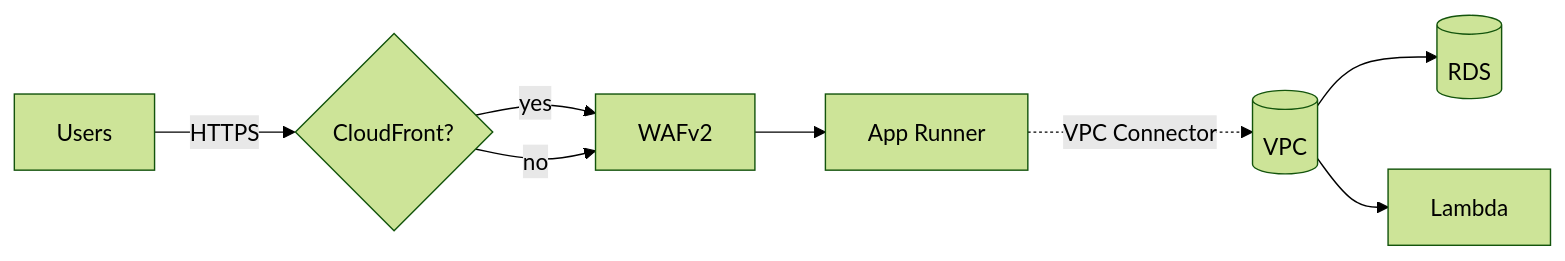
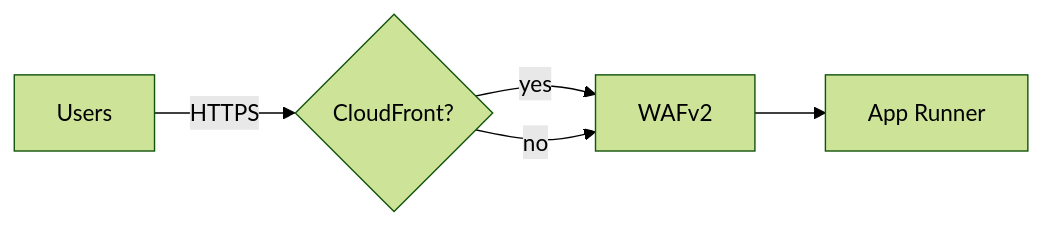
One commit to mohammedbalila/pulumi-iac-aws changed the diagram in README.md. Above: the diagram before and after it, drawn with Mermaid (forest theme). The commit also changed other lines of this file, not shown here.

````diff
--- a/README.md
+++ b/README.md
@@ -27,10 +27,7 @@
 ```mermaid
 flowchart LR
   U[Users] -->|HTTPS| CF{CloudFront?}
   CF -- yes --> W[WAFv2]
   CF -- no  --> W
   W --> AR[App Runner]
-  AR -. VPC Connector .-> VPC[(VPC)]
-  VPC --> RDS[(RDS)]
-  VPC --> L[Lambda]
 ```
````
